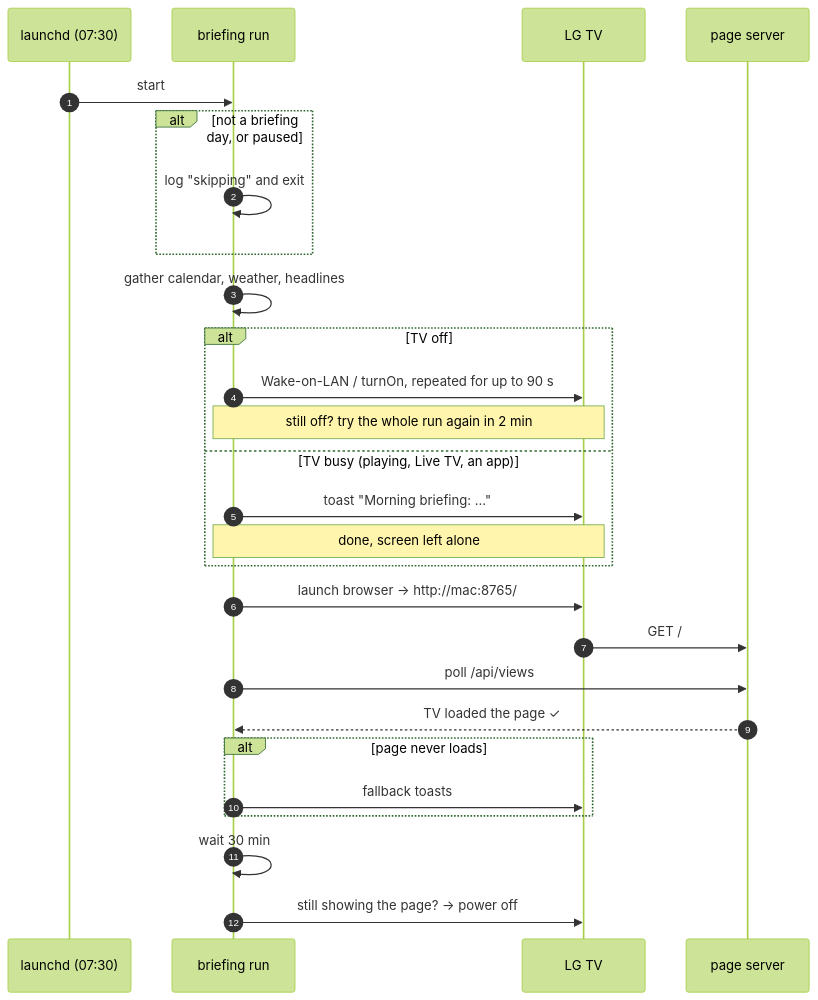
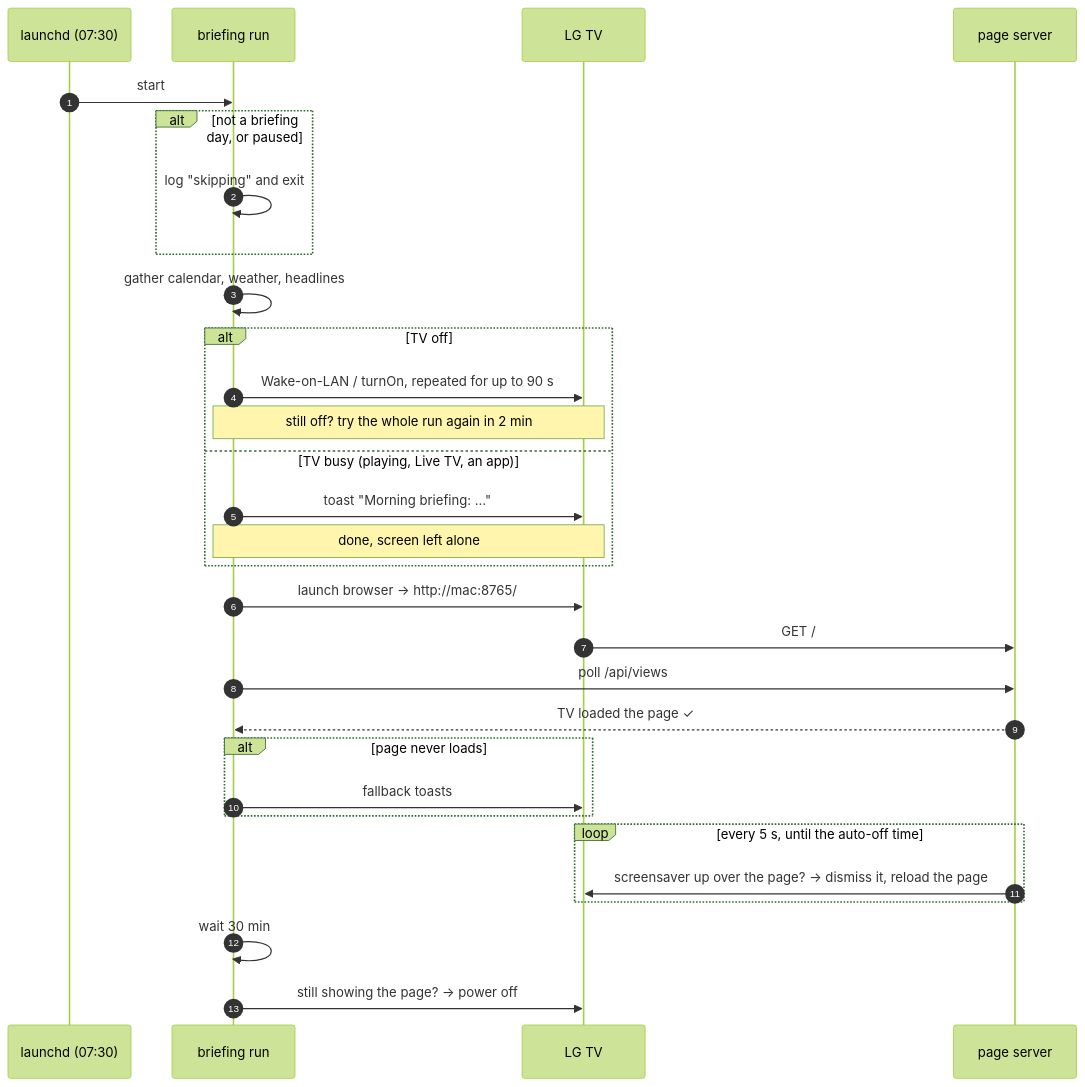
The fourth of 9 diagrams in docs/architecture.md (Laksh-star/lgtv-mcp), drawn with Mermaid (forest theme) before and after one commit. The commit also changed other lines of this file and 2 other files, not shown here.

First line of the commit message:
Document the feed wall and the screensaver handling in the architecture docs

````diff
--- a/docs/architecture.md
+++ b/docs/architecture.md
@@ -116,29 +123,32 @@
 ```mermaid
 sequenceDiagram
     autonumber
     participant L as launchd (07:30)
     participant R as briefing run
     participant TV as LG TV
     participant W as page server
     L->>R: start
     alt not a briefing day, or paused
         R->>R: log "skipping" and exit
     end
     R->>R: gather calendar, weather, headlines
     alt TV off
         R->>TV: Wake-on-LAN / turnOn, repeated for up to 90 s
         Note over R,TV: still off? try the whole run again in 2 min
     else TV busy (playing, Live TV, an app)
         R->>TV: toast "Morning briefing: …"
         Note over R,TV: done, screen left alone
     end
     R->>TV: launch browser → http://mac:8765/
     TV->>W: GET /
     R->>W: poll /api/views
     W-->>R: TV loaded the page ✓
     alt page never loads
         R->>TV: fallback toasts
     end
+    loop every 5 s, until the auto-off time
+        W->>TV: screensaver up over the page? → dismiss it, reload the page
+    end
     R->>R: wait 30 min
     R->>TV: still showing the page? → power off
 ```
````
